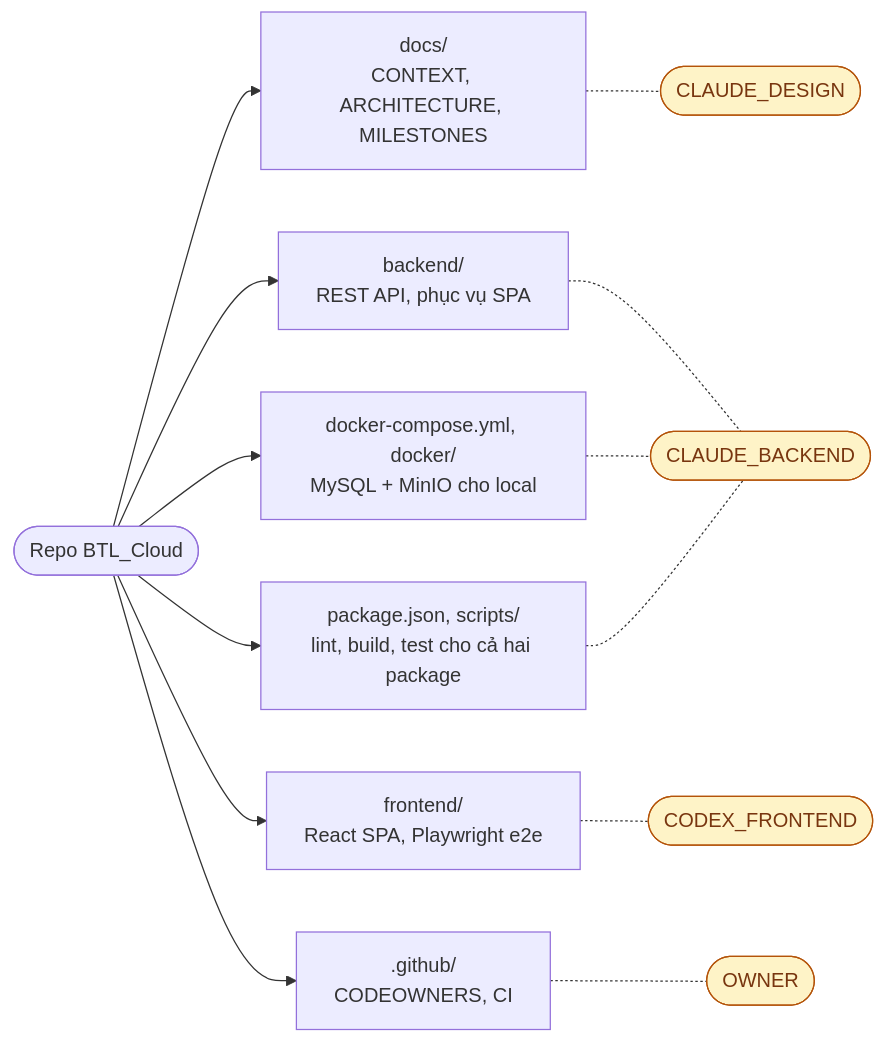
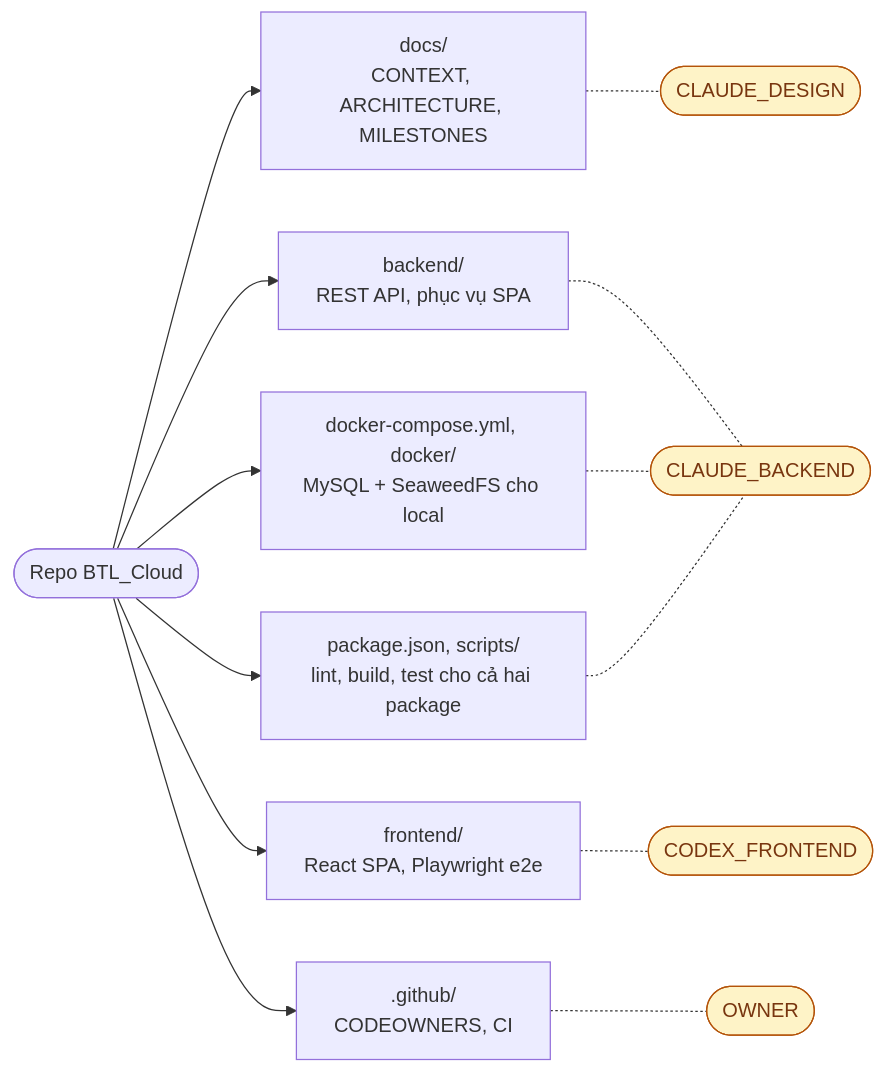
One commit to august0362/btl_cloud changed the first of 38 diagrams in docs/ARCHITECTURE.md. Above: the diagram before and after it, drawn with Mermaid. The commit also changed other lines of this file and 72 other files, not shown here.

````diff
--- a/docs/ARCHITECTURE.md
+++ b/docs/ARCHITECTURE.md
@@ -90,18 +96,18 @@
 ```mermaid
 flowchart LR
   root(["Repo BTL_Cloud"])
   root --> docs["docs/<br/>CONTEXT, ARCHITECTURE, MILESTONES"]
   root --> be["backend/<br/>REST API, phục vụ SPA"]
   root --> fe["frontend/<br/>React SPA, Playwright e2e"]
-  root --> infra["docker-compose.yml, docker/<br/>MySQL + MinIO cho local"]
+  root --> infra["docker-compose.yml, docker/<br/>MySQL + SeaweedFS cho local"]
   root --> tooling["package.json, scripts/<br/>lint, build, test cho cả hai package"]
   root --> gh[".github/<br/>CODEOWNERS, CI"]
   docs -.- o1(["CLAUDE_DESIGN"])
   be -.- o2(["CLAUDE_BACKEND"])
   infra -.- o2
   tooling -.- o2
   fe -.- o3(["CODEX_FRONTEND"])
   gh -.- o4(["OWNER"])
   classDef owner fill:#FEF3C7,stroke:#B45309,color:#78350F
   class o1,o2,o3,o4 owner
 ```
````
